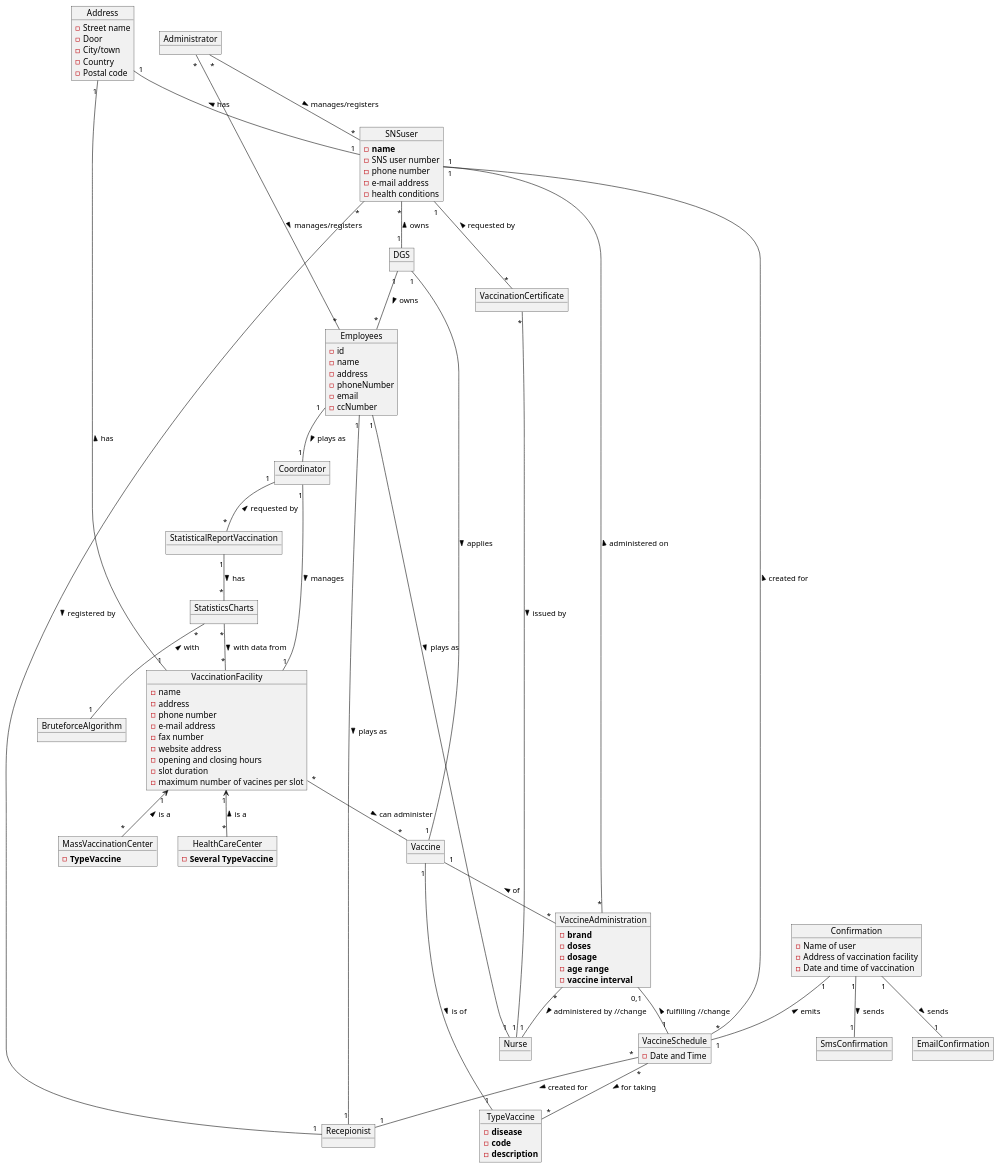
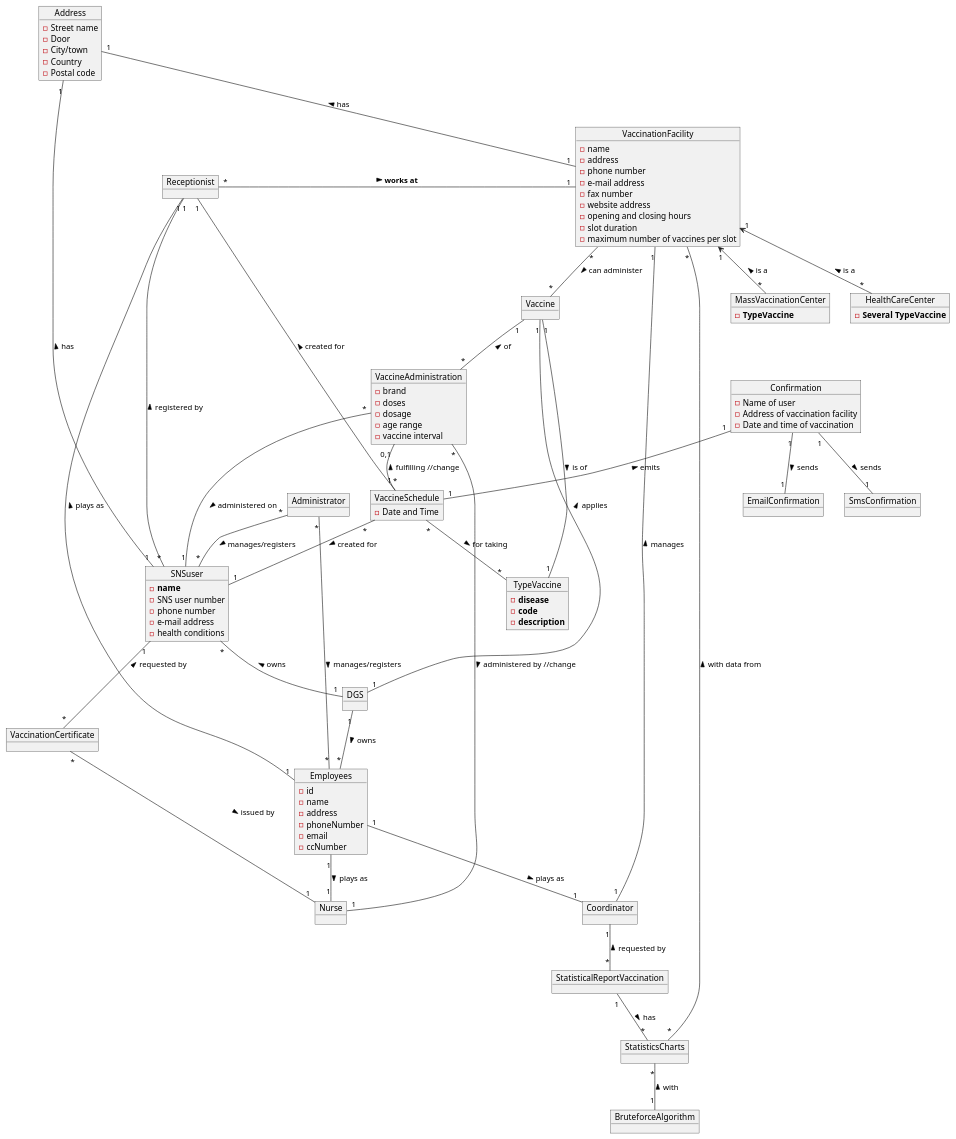
Before and after one commit to osnilas/SNSsystem: the diagram in docs/SprintC/DM.puml, drawn with PlantUML. The commit also changed 11 other files, not shown here.

```diff
--- a/docs/SprintC/DM.puml
+++ b/docs/SprintC/DM.puml
@@ -1,113 +1,114 @@
 @startuml
 'https://plantuml.com/object-diagram
 
 object SNSuser{
 -**name**
 -SNS user number
 -phone number
 -e-mail address
 -health conditions
 }
 object DGS
 object Administrator
 object Coordinator
 object Nurse
-object Recepionist
+object Receptionist
 object VaccinationFacility{
 -name
 -address
 -phone number
 -e-mail address
 -fax number
 -website address
 -opening and closing hours
 -slot duration
--maximum number of vacines per slot
+-maximum number of vaccines per slot
 }
 object StatisticalReportVaccination
 object MassVaccinationCenter{
 -**TypeVaccine**
 }
 object HealthCareCenter{
 -**Several TypeVaccine**
 }
 object TypeVaccine{
 -**disease**
 -**code**
 -**description**
 }
 
 object Vaccine
 
 object VaccineSchedule{
 -Date and Time
 }
 object VaccinationCertificate
 object VaccineAdministration {
--**brand**
--**doses**
--**dosage**
--**age range**
--**vaccine interval**
+-brand
+-doses
+-dosage
+-age range
+-vaccine interval
 }
 object Confirmation{
 -Name of user
 -Address of vaccination facility
 -Date and time of vaccination
 }
 object SmsConfirmation
 object EmailConfirmation
 object Employees{
 -id
 -name
 -address
 -phoneNumber
 -email
 -ccNumber
 }
 object StatisticsCharts
 object BruteforceAlgorithm
 object Address{
 -Street name
 -Door
 -City/town
 -Country
 -Postal code
 }
 
 
 Administrator"*" -- "*" Employees: > manages/registers
 Administrator"*" -- "*" SNSuser: > manages/registers
 SNSuser"*"--"1" DGS : < owns
 DGS"1" -- "*"Employees : > owns
 DGS "1"--"1" Vaccine : > applies
-Employees"1"--"1" Recepionist: > plays as
+Employees"1"--"1" Receptionist: > plays as
 Employees"1"--"1" Nurse: > plays as
 Employees"1"--"1" Coordinator: > plays as
 Address"1"--"1" VaccinationFacility: < has
 Address"1"--"1" SNSuser: < has
 SNSuser "1"--"*" VaccinationCertificate: < requested by
 Coordinator"1" --"1" VaccinationFacility: > manages
 VaccinationFacility"1"<--"*" MassVaccinationCenter: < is a
 
 VaccinationFacility"1"<--"*" HealthCareCenter: < is a
 Coordinator"1" -- "*"StatisticalReportVaccination: < requested by
 StatisticalReportVaccination"1" -- "*"StatisticsCharts: > has
 StatisticsCharts"*" -- "1"BruteforceAlgorithm: < with
 StatisticsCharts"*" -- "*"VaccinationFacility: > with data from
 VaccinationFacility "*"--"*" Vaccine: > can administer
 VaccineSchedule"*" -- "1"SNSuser: > created for
-VaccineSchedule"*" -- "1"Recepionist: > created for
+VaccineSchedule"*" -- "1"Receptionist: > created for
 VaccineAdministration"*" -- "1"Nurse: > administered by //change
 Vaccine"1" -- "*"VaccineAdministration: < of
-Recepionist"1" -- "*"SNSuser: < registered by
+Receptionist"1" -- "*"SNSuser: < registered by
 VaccineAdministration"*" -- "1"SNSuser: > administered on
 VaccineAdministration"0,1" -- "1"VaccineSchedule: < fulfilling //change
 VaccinationCertificate"*" -- "1"Nurse: > issued by
 Confirmation"1" -- "1"VaccineSchedule: < emits
 Confirmation"1" -- "1"SmsConfirmation:> sends
 Confirmation "1"--"1" EmailConfirmation: > sends
 VaccineSchedule"*" -- "*"TypeVaccine:> for taking
 Vaccine"1" --"1" TypeVaccine:> is of
+Receptionist "*" - "1" VaccinationFacility : > **works at**
 
 @enduml
```
